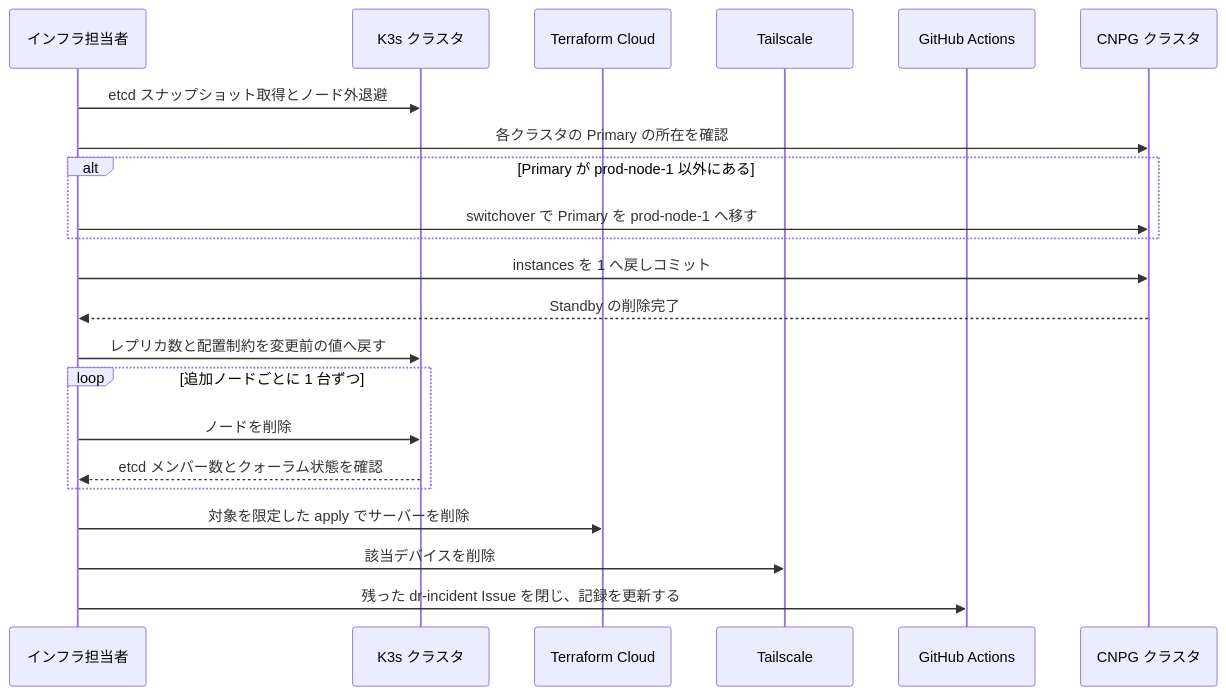
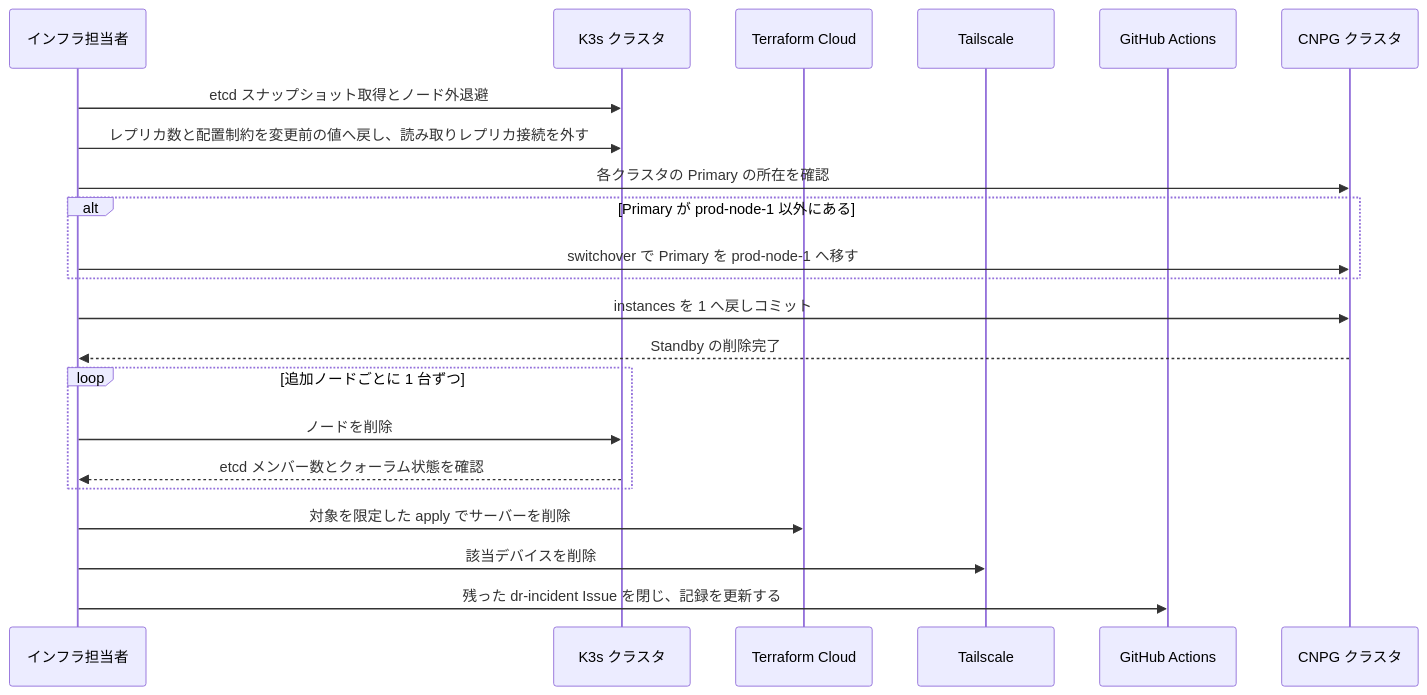
One commit to aramakisai/aramakisai-infra changed the fourth of 5 diagrams in .kiro/specs/festival-peak-scaleout/design.md. Above: the diagram before and after it, drawn with Mermaid. The commit also changed 11 other files, not shown here.

````diff
--- a/.kiro/specs/festival-peak-scaleout/design.md
+++ b/.kiro/specs/festival-peak-scaleout/design.md
@@ -250,26 +250,26 @@
 ```mermaid
 sequenceDiagram
     participant Ops as インフラ担当者
     participant K3s as K3s クラスタ
     participant TFC as Terraform Cloud
     participant TS as Tailscale
     participant GH as GitHub Actions
 
     participant CNPG as CNPG クラスタ
 
     Ops->>K3s: etcd スナップショット取得とノード外退避
+    Ops->>K3s: レプリカ数と配置制約を変更前の値へ戻し、読み取りレプリカ接続を外す
     Ops->>CNPG: 各クラスタの Primary の所在を確認
     alt Primary が prod-node-1 以外にある
         Ops->>CNPG: switchover で Primary を prod-node-1 へ移す
     end
     Ops->>CNPG: instances を 1 へ戻しコミット
     CNPG-->>Ops: Standby の削除完了
-    Ops->>K3s: レプリカ数と配置制約を変更前の値へ戻す
     loop 追加ノードごとに 1 台ずつ
         Ops->>K3s: ノードを削除
         K3s-->>Ops: etcd メンバー数とクォーラム状態を確認
     end
     Ops->>TFC: 対象を限定した apply でサーバーを削除
     Ops->>TS: 該当デバイスを削除
     Ops->>GH: 残った dr-incident Issue を閉じ、記録を更新する
 ```
````
